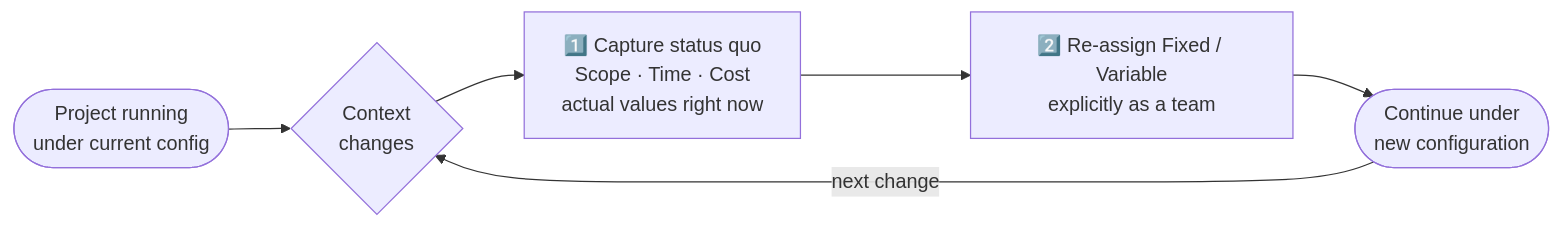
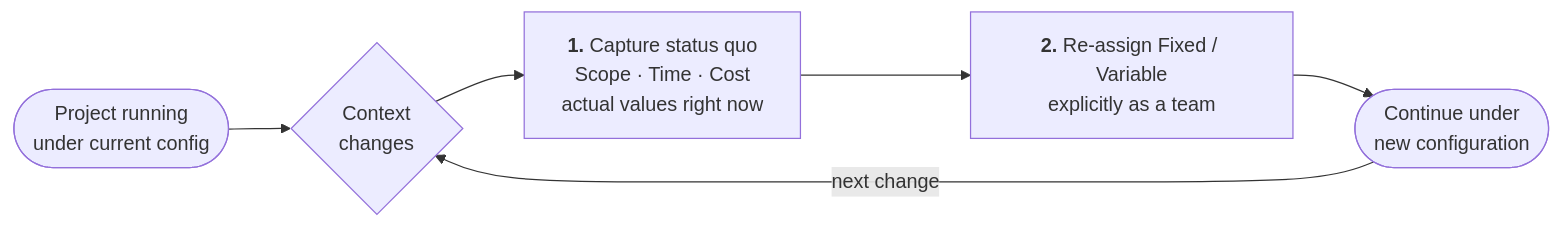
The diagram in README.md (McNopper/DynamicProjectManagementTriangle), drawn with Mermaid before and after one commit. The commit also changed other lines of this file, not shown here.

````diff
--- a/README.md
+++ b/README.md
@@ -69,8 +92,8 @@
 ```mermaid
 flowchart LR
     A([Project running<br/>under current config]) --> B{Context<br/>changes}
-    B --> C["1️⃣ Capture status quo<br/>Scope · Time · Cost<br/>actual values right now"]
-    C --> D["2️⃣ Re-assign Fixed / Variable<br/>explicitly as a team"]
+    B --> C["<b>1.</b> Capture status quo<br/>Scope · Time · Cost<br/>actual values right now"]
+    C --> D["<b>2.</b> Re-assign Fixed / Variable<br/>explicitly as a team"]
     D --> E([Continue under<br/>new configuration])
     E -->|next change| B
 ```
````
